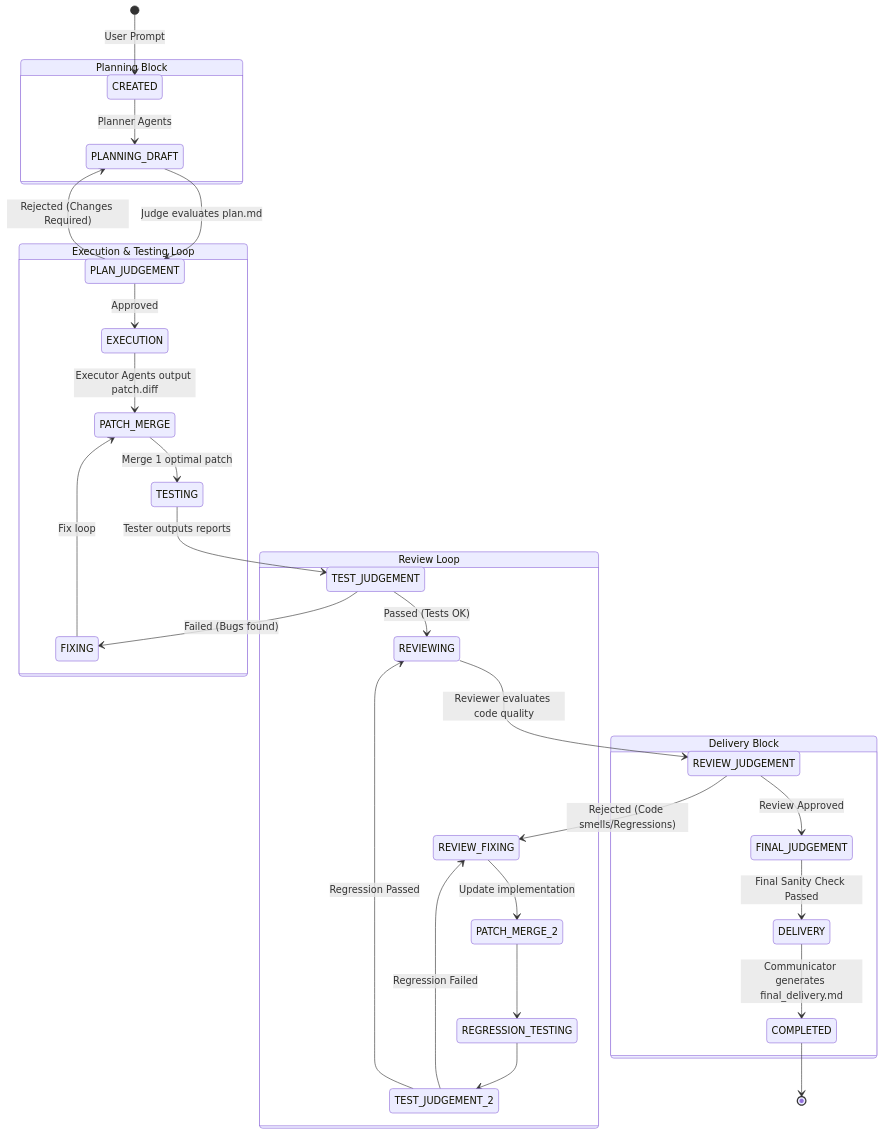
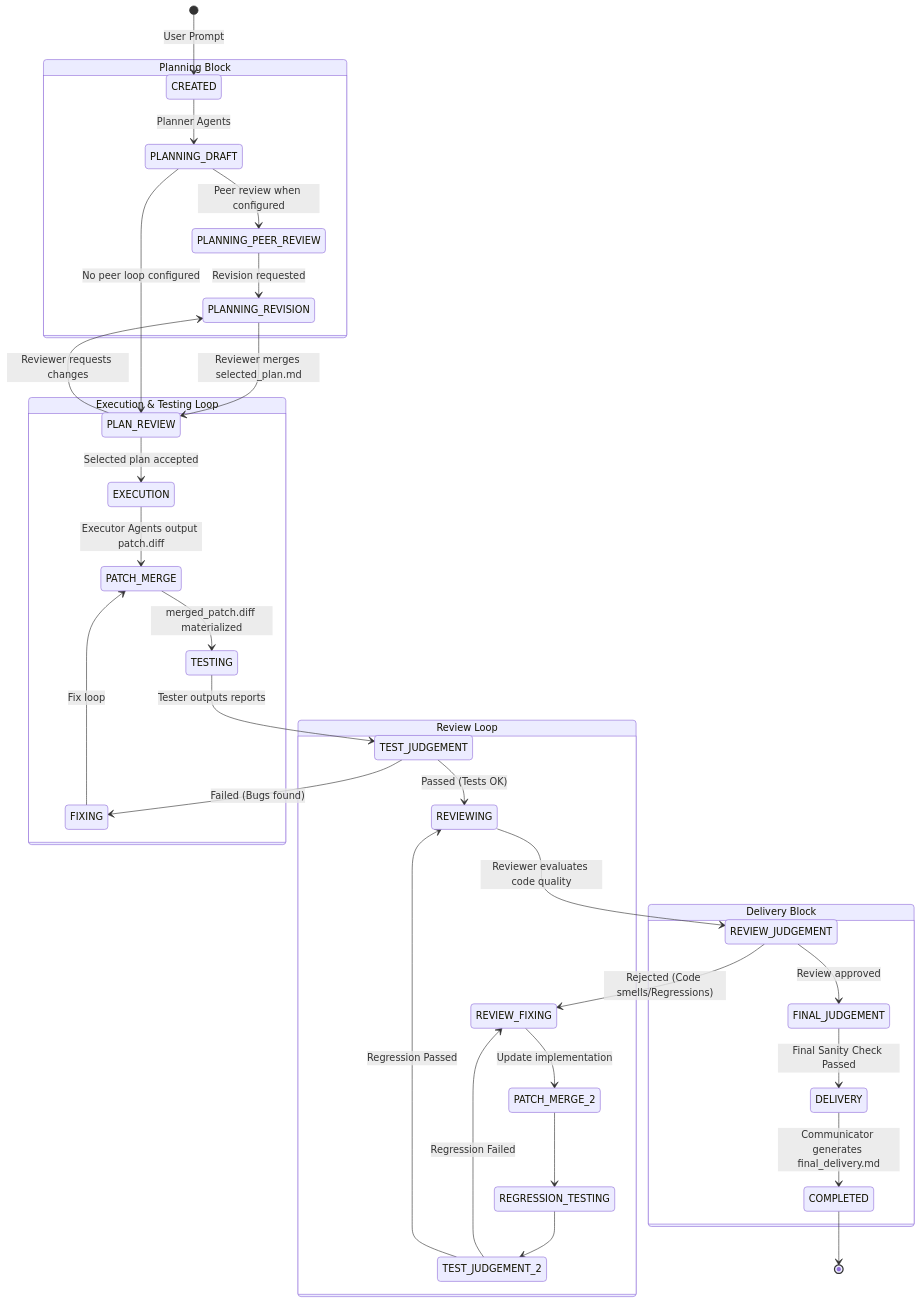
Before and after one commit to xiuwenwen/OpenOrchestra: the second of 2 diagrams in system_architecture_and_flow.md, drawn with Mermaid. The commit also changed other lines of this file and 6 other files, not shown here.

````diff
--- a/system_architecture_and_flow.md
+++ b/system_architecture_and_flow.md
@@ -78,42 +115,45 @@
 ```mermaid
 stateDiagram-v2
     direction TB
     
     [*] --> CREATED: User Prompt
     
     state "Planning Block" as PB {
         CREATED --> PLANNING_DRAFT: Planner Agents
-        PLANNING_DRAFT --> PLAN_JUDGEMENT: Judge evaluates plan.md
-        PLAN_JUDGEMENT --> PLANNING_DRAFT: Rejected (Changes Required)
+        PLANNING_DRAFT --> PLANNING_PEER_REVIEW: Peer review when configured
+        PLANNING_PEER_REVIEW --> PLANNING_REVISION: Revision requested
+        PLANNING_REVISION --> PLAN_REVIEW: Reviewer merges selected_plan.md
+        PLANNING_DRAFT --> PLAN_REVIEW: No peer loop configured
+        PLAN_REVIEW --> PLANNING_REVISION: Reviewer requests changes
     }
     
     state "Execution & Testing Loop" as ETL {
-        PLAN_JUDGEMENT --> EXECUTION: Approved
+        PLAN_REVIEW --> EXECUTION: Selected plan accepted
         EXECUTION --> PATCH_MERGE: Executor Agents output patch.diff
-        PATCH_MERGE --> TESTING: Merge 1 optimal patch
+        PATCH_MERGE --> TESTING: merged_patch.diff materialized
         
         TESTING --> TEST_JUDGEMENT: Tester outputs reports
         TEST_JUDGEMENT --> FIXING: Failed (Bugs found)
         FIXING --> PATCH_MERGE: Fix loop
     }
     
     state "Review Loop" as RL {
         TEST_JUDGEMENT --> REVIEWING: Passed (Tests OK)
         REVIEWING --> REVIEW_JUDGEMENT: Reviewer evaluates code quality
         
         REVIEW_JUDGEMENT --> REVIEW_FIXING: Rejected (Code smells/Regressions)
         REVIEW_FIXING --> PATCH_MERGE_2: Update implementation
         PATCH_MERGE_2 --> REGRESSION_TESTING
         REGRESSION_TESTING --> TEST_JUDGEMENT_2
         TEST_JUDGEMENT_2 --> REVIEW_FIXING: Regression Failed
         TEST_JUDGEMENT_2 --> REVIEWING: Regression Passed
     }
     
     state "Delivery Block" as DB {
-        REVIEW_JUDGEMENT --> FINAL_JUDGEMENT: Review Approved
+        REVIEW_JUDGEMENT --> FINAL_JUDGEMENT: Review approved
         FINAL_JUDGEMENT --> DELIVERY: Final Sanity Check Passed
         DELIVERY --> COMPLETED: Communicator generates final_delivery.md
     }
     
     COMPLETED --> [*]
 ```
````
